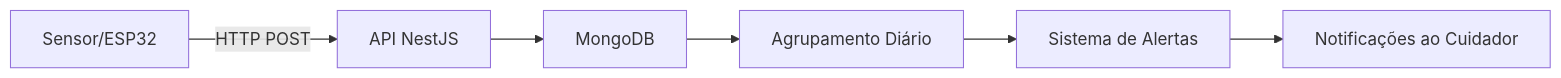
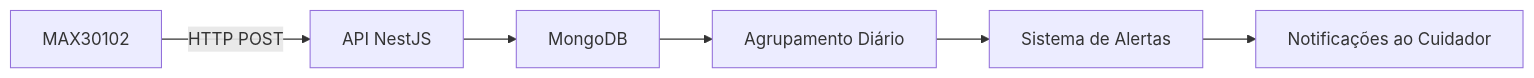
Before and after one commit to jaobarreto/Vitalsync: the diagram in api-vitalsync/README.md, drawn with Mermaid.

Commit message:
docs: Atualiza README.md

````diff
--- a/api-vitalsync/README.md
+++ b/api-vitalsync/README.md
@@ -117,8 +117,8 @@
 ```mermaid
 graph LR
-    A[Sensor/ESP32] -->|HTTP POST| B[API NestJS]
+    A[MAX30102] -->|HTTP POST| B[API NestJS]
     B --> C[MongoDB]
     C --> D[Agrupamento Diário]
     D --> E[Sistema de Alertas]
     E --> F[Notificações ao Cuidador]
 ```
````
